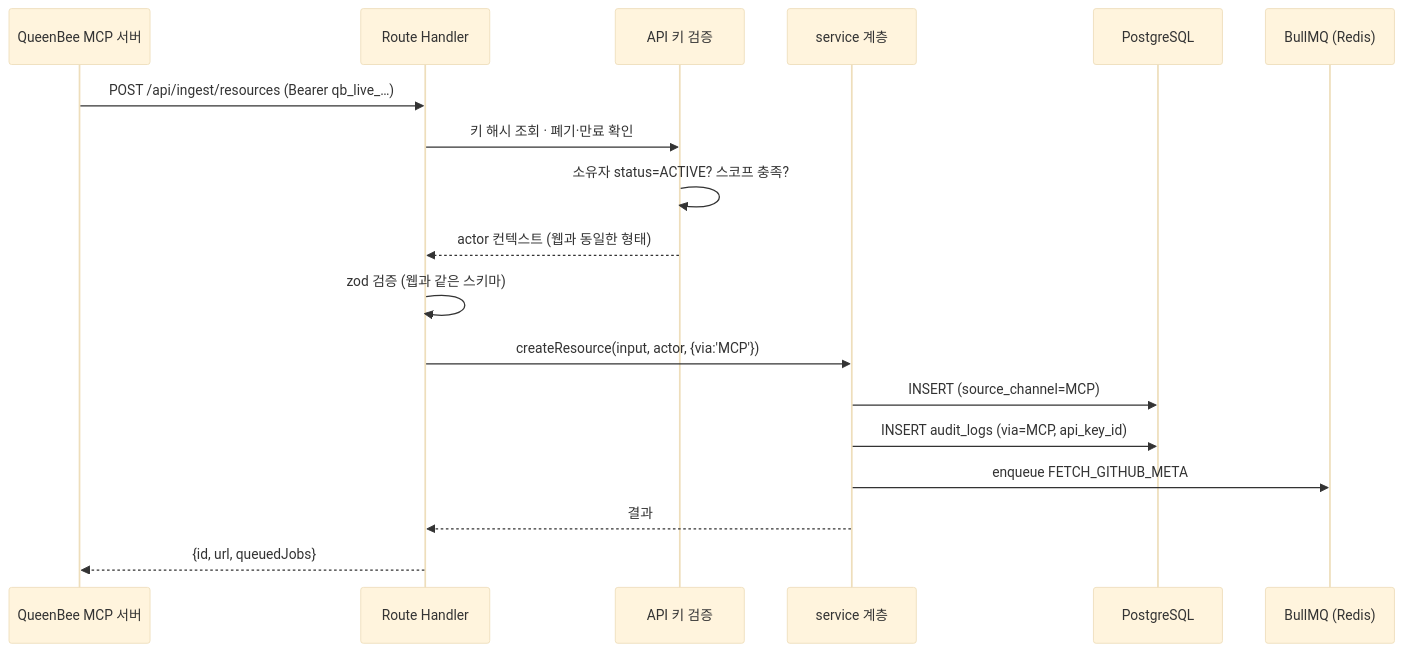
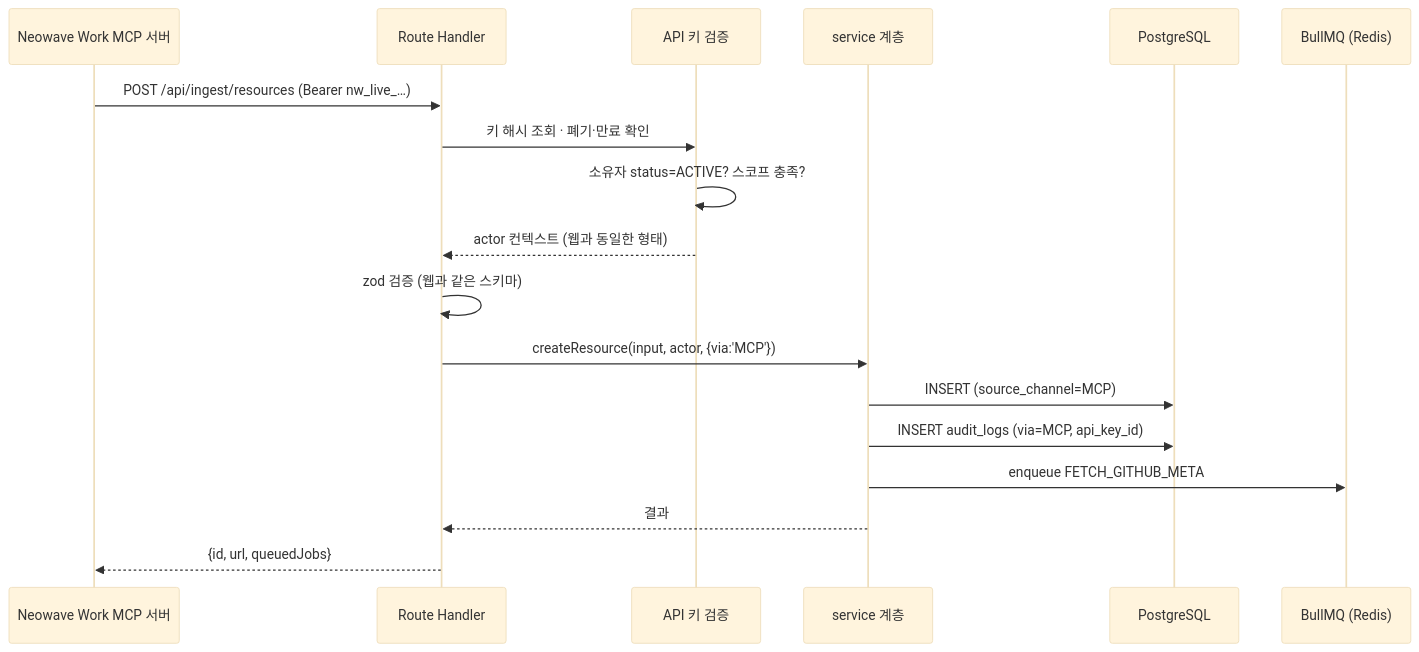
The fourth of 4 diagrams in _docs/02.개발설계/01_시스템_아키텍처.md (anerjin/private_project_myteam), drawn with Mermaid (base theme) before and after one commit. The commit also changed other lines of this file and 86 other files, not shown here.

First line of the commit message:
이름을 Neowave Work 로 바꾼다 (DEC-073)

````diff
--- a/_docs/02.개발설계/01_시스템_아키텍처.md
+++ b/_docs/02.개발설계/01_시스템_아키텍처.md
@@ -161,21 +161,21 @@
 ```mermaid
 sequenceDiagram
-    participant M as QueenBee MCP 서버
+    participant M as Neowave Work MCP 서버
     participant H as Route Handler
     participant K as API 키 검증
     participant S as service 계층
     participant D as PostgreSQL
     participant Q as BullMQ (Redis)
 
-    M->>H: POST /api/ingest/resources (Bearer qb_live_…)
+    M->>H: POST /api/ingest/resources (Bearer nw_live_…)
     H->>K: 키 해시 조회 · 폐기·만료 확인
     K->>K: 소유자 status=ACTIVE? 스코프 충족?
     K-->>H: actor 컨텍스트 (웹과 동일한 형태)
     H->>H: zod 검증 (웹과 같은 스키마)
     H->>S: createResource(input, actor, {via:'MCP'})
     S->>D: INSERT (source_channel=MCP)
     S->>D: INSERT audit_logs (via=MCP, api_key_id)
     S->>Q: enqueue FETCH_GITHUB_META
     S-->>H: 결과
     H-->>M: {id, url, queuedJobs}
 ```
````
